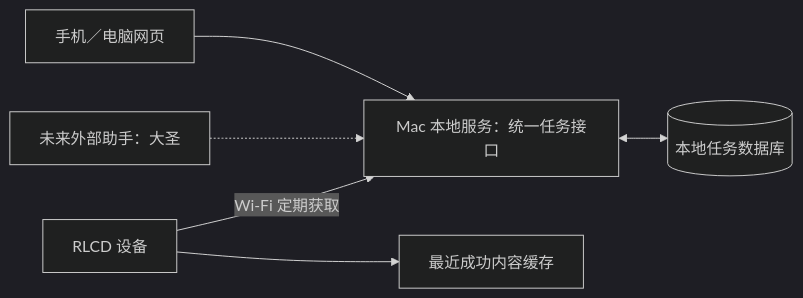
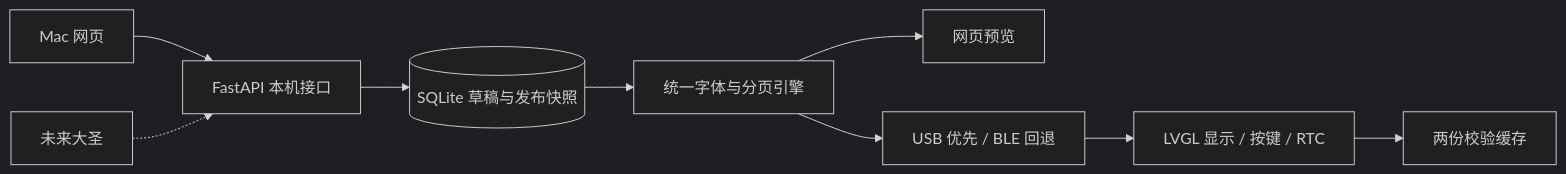
Before and after one commit to cccpn7/rlcd-todo: the diagram in docs/architecture.md, drawn with Mermaid (dark theme). The commit also changed other lines of this file and 11 other files, not shown here.

````diff
--- a/docs/architecture.md
+++ b/docs/architecture.md
@@ -5,8 +3,11 @@
 ```mermaid
 flowchart LR
-  Web[手机／电脑网页] --> API[Mac 本地服务：统一任务接口]
-  Assistant[未来外部助手：大圣] -.-> API
-  API <--> DB[(本地任务数据库)]
-  Screen[RLCD 设备] -->|Wi-Fi 定期获取| API
-  Screen --> Cache[最近成功内容缓存]
+  Web[Mac 网页] --> API[FastAPI 本机接口]
+  Assistant[未来大圣] -.-> API
+  API --> DB[(SQLite 草稿与发布快照)]
+  DB --> Render[统一字体与分页引擎]
+  Render --> Preview[网页预览]
+  Render --> Link[USB 优先 / BLE 回退]
+  Link --> Device[LVGL 显示 / 按键 / RTC]
+  Device --> Cache[两份校验缓存]
 ```
````
